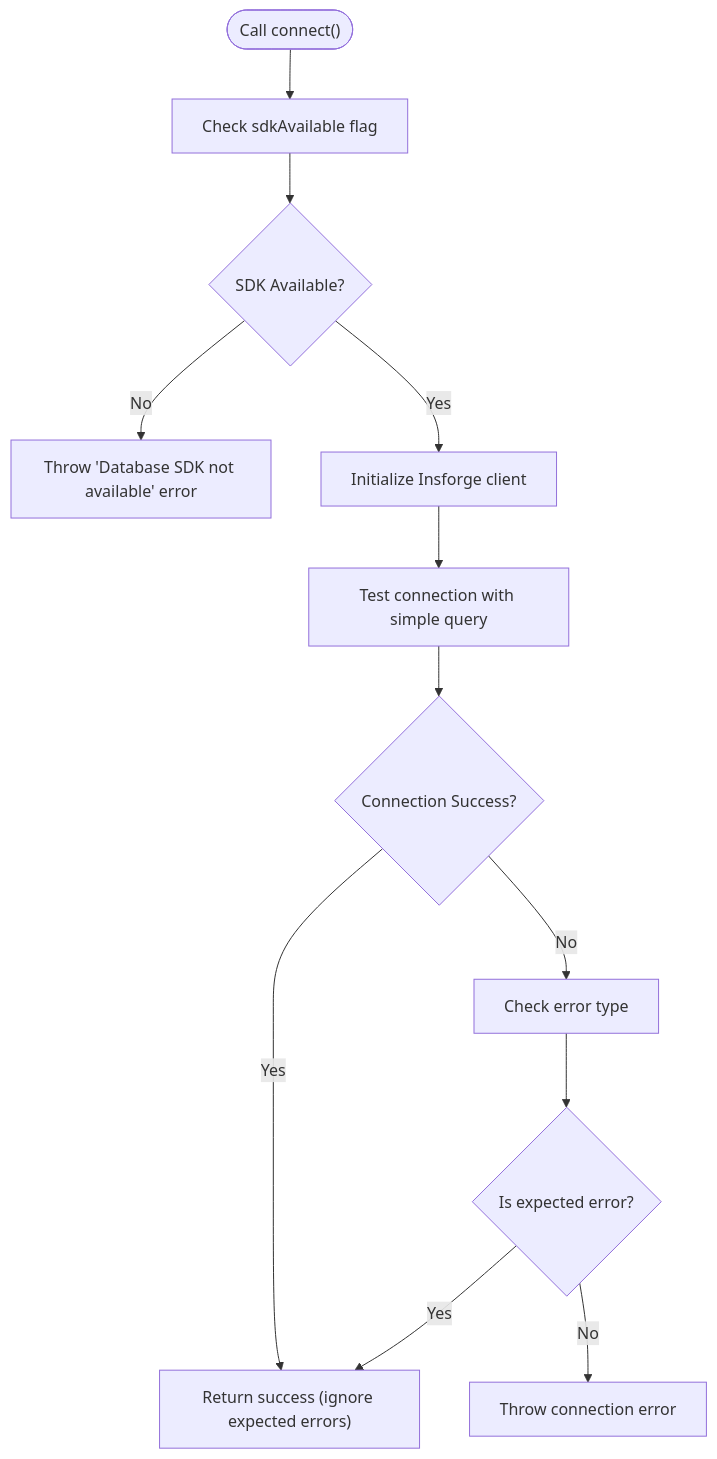
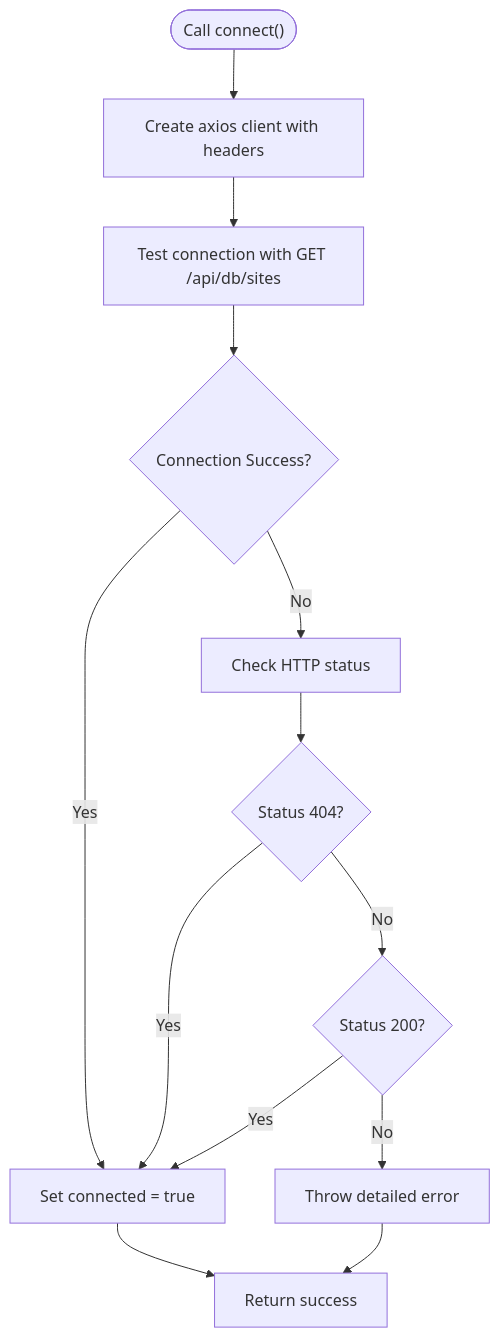
One commit to vishnusaibhosekar/ares changed the third of 6 diagrams in .qoder/repowiki/en/content/Repository Layer/Database Abstraction.md. Above: the diagram before and after it, drawn with Mermaid. The commit also changed other lines of this file and 10 other files, not shown here.

````diff
--- a/.qoder/repowiki/en/content/Repository Layer/Database Abstraction.md
+++ b/.qoder/repowiki/en/content/Repository Layer/Database Abstraction.md
@@ -213,14 +213,15 @@
 ```mermaid
 flowchart TD
-Start(["Call connect()"]) --> CheckSDK["Check sdkAvailable flag"]
-CheckSDK --> SDKAvailable{"SDK Available?"}
-SDKAvailable --> |No| ThrowError["Throw 'Database SDK not available' error"]
-SDKAvailable --> |Yes| InitClient["Initialize Insforge client"]
-InitClient --> TestConn["Test connection with simple query"]
+Start(["Call connect()"]) --> CreateClient["Create axios client with headers"]
+CreateClient --> TestConn["Test connection with GET /api/db/sites"]
 TestConn --> ConnSuccess{"Connection Success?"}
-ConnSuccess --> |Yes| ReturnOK["Return success"]
-ConnSuccess --> |No| CheckError["Check error type"]
-CheckError --> IsExpected{"Is expected error?"}
-IsExpected --> |Yes| ReturnOK["Return success (ignore expected errors)"]
-IsExpected --> |No| ThrowConnErr["Throw connection error"]
+ConnSuccess --> |Yes| SetConnected["Set connected = true"]
+ConnSuccess --> |No| CheckStatus["Check HTTP status"]
+CheckStatus --> Status404{"Status 404?"}
+Status404 --> |Yes| SetConnected
+Status404 --> |No| Check200{"Status 200?"}
+Check200 --> |Yes| SetConnected
+Check200 --> |No| ThrowError["Throw detailed error"]
+SetConnected --> ReturnOK["Return success"]
+ThrowError --> ReturnOK
 ```
````
